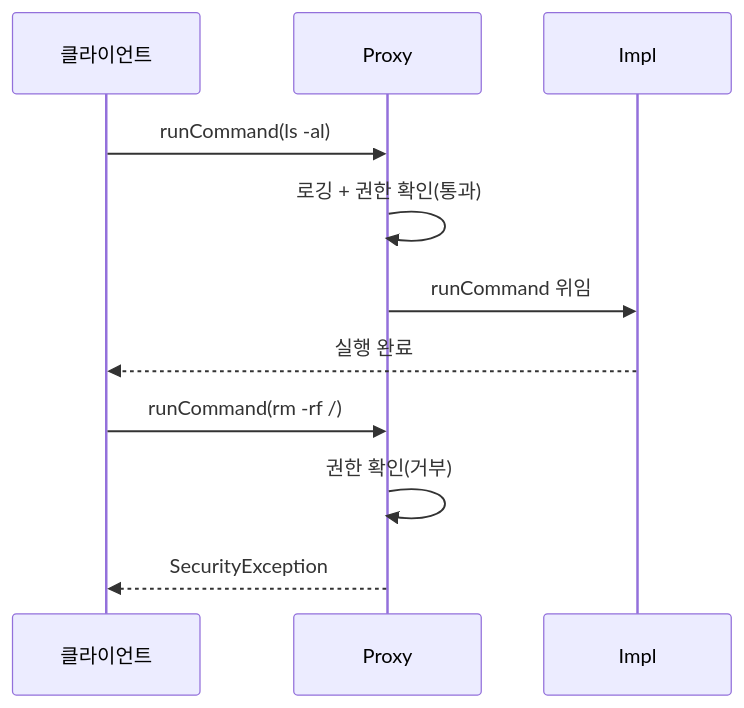
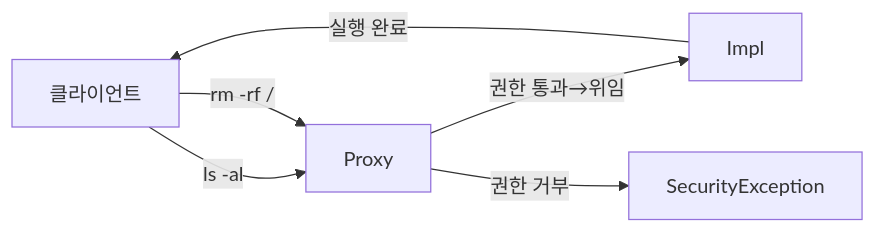
One commit to yjkim2015/yjkim2015.github.io changed the second of 2 diagrams in _posts/designPattern/2022-01-25-ProxyPattern.md. Above: the diagram before and after it, drawn with Mermaid. The commit also changed 50 other files, not shown here.

First line of the commit message:
stateDiagram 11개 graph LR 변환 + 테이블 빈 셀 17개 수정

````diff
--- a/_posts/designPattern/2022-01-25-ProxyPattern.md
+++ b/_posts/designPattern/2022-01-25-ProxyPattern.md
@@ -257,13 +257,8 @@
 ```mermaid
-sequenceDiagram
-    participant C as 클라이언트
-    participant P as Proxy
-    participant R as Impl
-    C->>P: runCommand(ls -al)
-    P->>P: 로깅 + 권한 확인(통과)
-    P->>R: runCommand 위임
-    R-->>C: 실행 완료
-    C->>P: runCommand(rm -rf /)
-    P->>P: 권한 확인(거부)
-    P-->>C: SecurityException
+graph LR
+    C["클라이언트"] -->|"ls -al"| P["Proxy"]
+    P -->|"권한 통과→위임"| R["Impl"]
+    R -->|"실행 완료"| C
+    C -->|"rm -rf /"| P
+    P -->|"권한 거부"| C2["SecurityException"]
 ```
````
